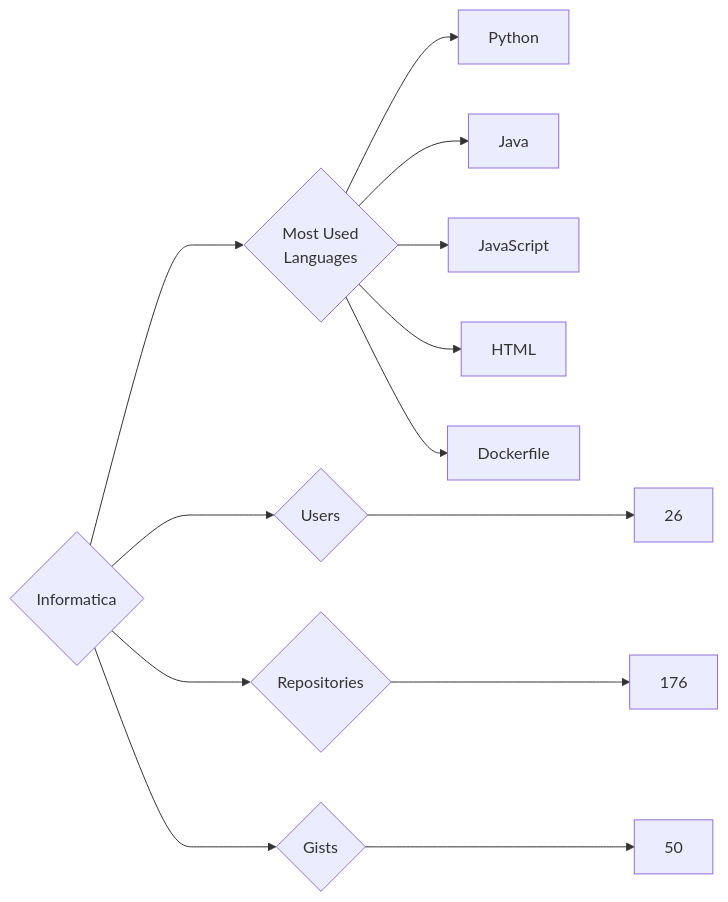
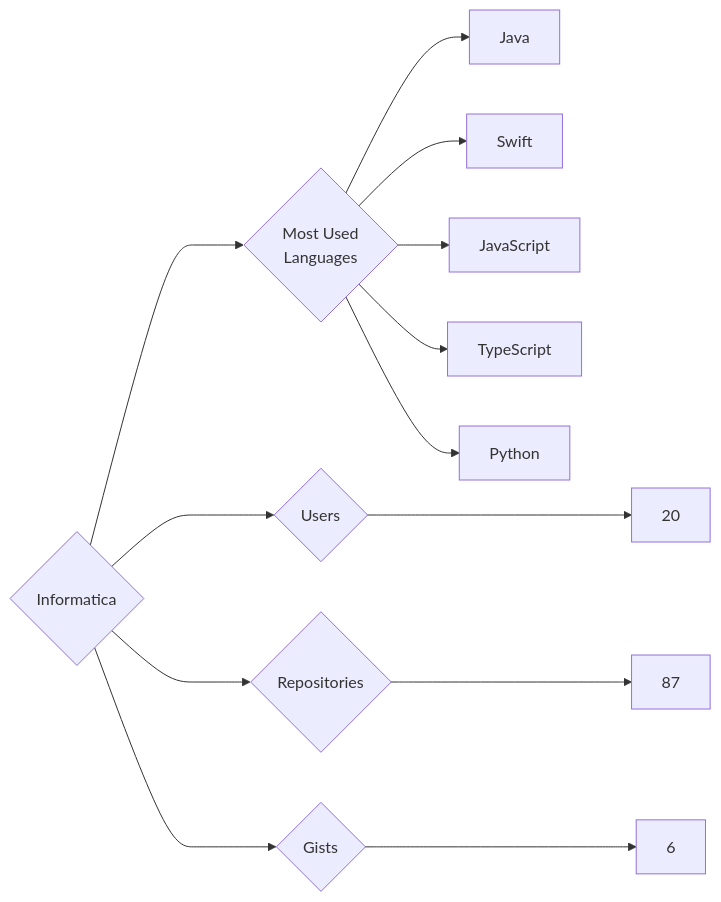
The diagram in targets/Informatica/README.md (trickest/insiders), drawn with Mermaid before and after one commit. The commit also changed 927 other files, not shown here.

````diff
--- a/targets/Informatica/README.md
+++ b/targets/Informatica/README.md
@@ -3,13 +3,13 @@
 ```mermaid
 graph LR
 COMPANY_NAME{Informatica}
-COMPANY_NAME ---> U{Users} ---> UN[26]
-COMPANY_NAME ---> R{Repositories} ---> RN[176]
-COMPANY_NAME ---> G{Gists} ---> GN[50]
+COMPANY_NAME ---> U{Users} ---> UN[20]
+COMPANY_NAME ---> R{Repositories} ---> RN[87]
+COMPANY_NAME ---> G{Gists} ---> GN[6]
 COMPANY_NAME ---> ML{Most Used<br>Languages}
+ML --> Java[Java]
+ML --> Swift[Swift]
+ML --> JavaScript[JavaScript]
+ML --> TypeScript[TypeScript]
 ML --> Python[Python]
-ML --> Java[Java]
-ML --> JavaScript[JavaScript]
-ML --> HTML[HTML]
-ML --> Dockerfile[Dockerfile]
 ```
````
